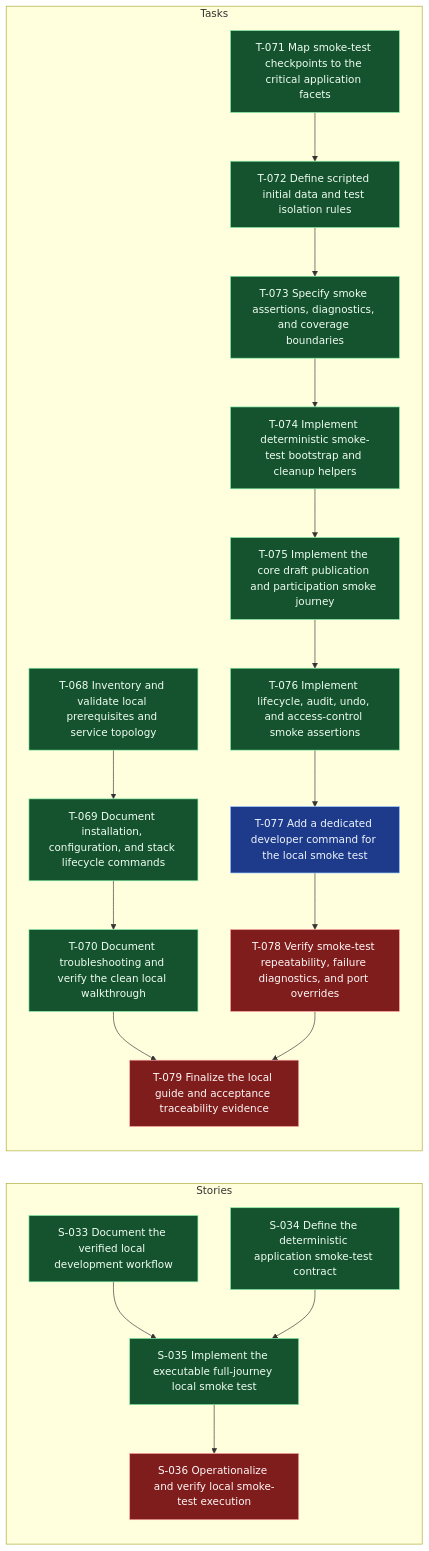
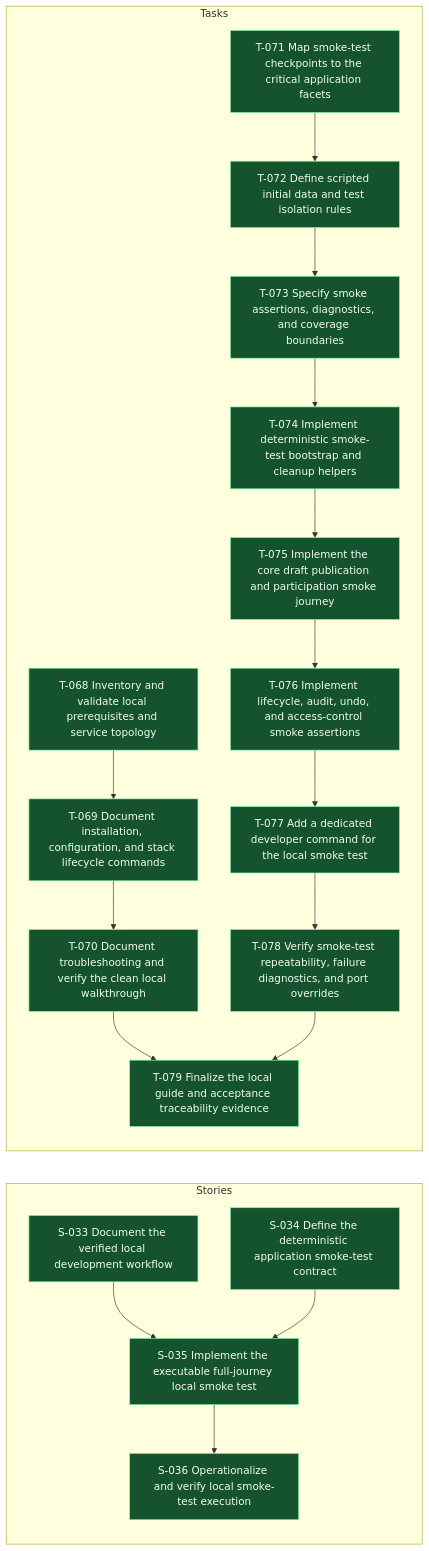
One commit to andybalham/invite-agent changed the diagram in .worktracker/graphs/E-010.mmd. Above: the diagram before and after it, drawn with Mermaid. The commit also changed 15 other files, not shown here.

First line of the commit message:
feat(smoke-test): Add dedicated developer command for local smoke test and finalize related tasks

```diff
--- a/.worktracker/graphs/E-010.mmd
+++ b/.worktracker/graphs/E-010.mmd
@@ -1,56 +1,56 @@
 graph LR
   classDef done fill:#14532d,stroke:#86efac,color:#f0fdf4;
   classDef blocked fill:#7f1d1d,stroke:#fca5a5,color:#fff7f7;
   classDef inprogress fill:#78350f,stroke:#fbbf24,color:#fffbeb;
   classDef todo fill:#1e3a8a,stroke:#93c5fd,color:#eff6ff;
   classDef empty fill:#374151,stroke:#d1d5db,color:#f9fafb,stroke-dasharray: 3 3;
   subgraph Stories
     S033["S-033 Document the verified local development workflow"]:::done
     S034["S-034 Define the deterministic application smoke-test contract"]:::done
     S035["S-035 Implement the executable full-journey local smoke test"]:::done
-    S036["S-036 Operationalize and verify local smoke-test execution"]:::blocked
+    S036["S-036 Operationalize and verify local smoke-test execution"]:::done
     S033 --> S035
     S034 --> S035
     S035 --> S036
   end
   subgraph Tasks
     T068["T-068 Inventory and validate local prerequisites and service topology"]:::done
     T069["T-069 Document installation, configuration, and stack lifecycle commands"]:::done
     T070["T-070 Document troubleshooting and verify the clean local walkthrough"]:::done
     T071["T-071 Map smoke-test checkpoints to the critical application facets"]:::done
     T072["T-072 Define scripted initial data and test isolation rules"]:::done
     T073["T-073 Specify smoke assertions, diagnostics, and coverage boundaries"]:::done
     T074["T-074 Implement deterministic smoke-test bootstrap and cleanup helpers"]:::done
     T075["T-075 Implement the core draft publication and participation smoke journey"]:::done
     T076["T-076 Implement lifecycle, audit, undo, and access-control smoke assertions"]:::done
-    T077["T-077 Add a dedicated developer command for the local smoke test"]:::todo
-    T078["T-078 Verify smoke-test repeatability, failure diagnostics, and port overrides"]:::blocked
-    T079["T-079 Finalize the local guide and acceptance traceability evidence"]:::blocked
+    T077["T-077 Add a dedicated developer command for the local smoke test"]:::done
+    T078["T-078 Verify smoke-test repeatability, failure diagnostics, and port overrides"]:::done
+    T079["T-079 Finalize the local guide and acceptance traceability evidence"]:::done
     T068 --> T069
     T069 --> T070
     T070 --> T079
     T071 --> T072
     T072 --> T073
     T073 --> T074
     T074 --> T075
     T075 --> T076
     T076 --> T077
     T077 --> T078
     T078 --> T079
   end
   click S033 "../entities/S-033-document-the-verified-local-development-workflow.md"
   click S034 "../entities/S-034-define-the-deterministic-application-smoke-test-contract.md"
   click S035 "../entities/S-035-implement-the-executable-full-journey-local-smoke-test.md"
   click S036 "../entities/S-036-operationalize-and-verify-local-smoke-test-execution.md"
   click T068 "../entities/T-068-inventory-and-validate-local-prerequisites-and-service-topology.md"
   click T069 "../entities/T-069-document-installation-configuration-and-stack-lifecycle-commands.md"
   click T070 "../entities/T-070-document-troubleshooting-and-verify-the-clean-local-walkthrough.md"
   click T071 "../entities/T-071-map-smoke-test-checkpoints-to-the-critical-application-facets.md"
   click T072 "../entities/T-072-define-scripted-initial-data-and-test-isolation-rules.md"
   click T073 "../entities/T-073-specify-smoke-assertions-diagnostics-and-coverage-boundaries.md"
   click T074 "../entities/T-074-implement-deterministic-smoke-test-bootstrap-and-cleanup-helpers.md"
   click T075 "../entities/T-075-implement-the-core-draft-publication-and-participation-smoke-journey.md"
   click T076 "../entities/T-076-implement-lifecycle-audit-undo-and-access-control-smoke-assertions.md"
   click T077 "../entities/T-077-add-a-dedicated-developer-command-for-the-local-smoke-test.md"
   click T078 "../entities/T-078-verify-smoke-test-repeatability-failure-diagnostics-and-port-overrides.md"
   click T079 "../entities/T-079-finalize-the-local-guide-and-acceptance-traceability-evidence.md"
```
